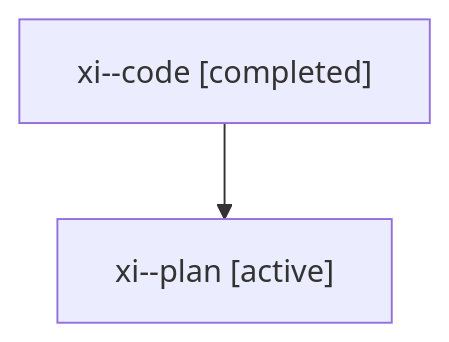
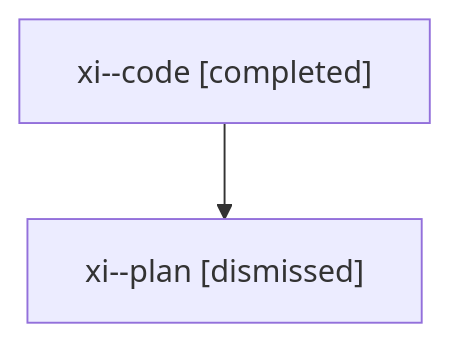
Before and after one commit to sase-org/sase--agents: the diagram in sessions/bbugyi200.athena.xi.md, drawn with Mermaid. The commit also changed other lines of this file and 12 other files, not shown here.

````diff
--- a/sessions/bbugyi200.athena.xi.md
+++ b/sessions/bbugyi200.athena.xi.md
@@ -9,6 +9,6 @@
 ```mermaid
 flowchart TD
   n0["xi--code [completed]"]
-  n1["xi--plan [active]"]
+  n1["xi--plan [dismissed]"]
   n0 --> n1
 ```
````
